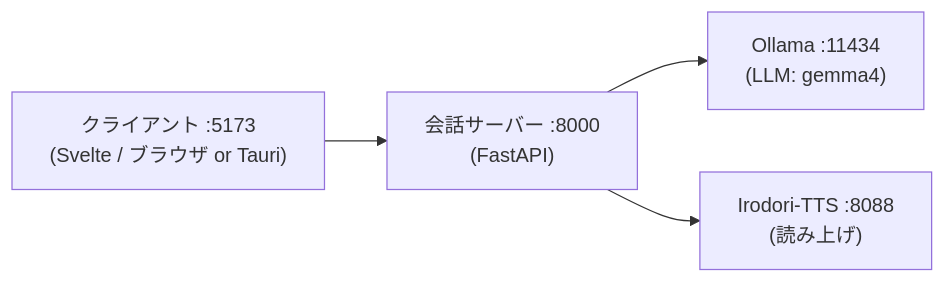
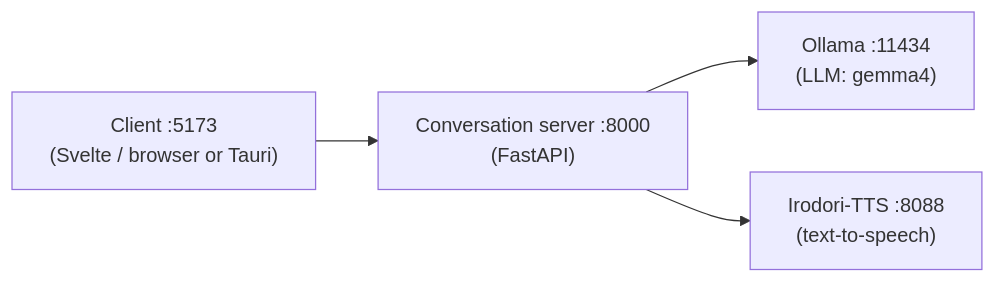
Before and after one commit to GentaAmeku/gemma4-irodori-voice-chat: the diagram in README.md, drawn with Mermaid. The commit also changed other lines of this file and 2 other files, not shown here.

````diff
--- a/README.md
+++ b/README.md
@@ -20,6 +20,6 @@
 ```mermaid
 flowchart LR
-    cl["クライアント :5173<br/>(Svelte / ブラウザ or Tauri)"] --> cs["会話サーバー :8000<br/>(FastAPI)"]
+    cl["Client :5173<br/>(Svelte / browser or Tauri)"] --> cs["Conversation server :8000<br/>(FastAPI)"]
     cs --> ol["Ollama :11434<br/>(LLM: gemma4)"]
-    cs --> tt["Irodori-TTS :8088<br/>(読み上げ)"]
+    cs --> tt["Irodori-TTS :8088<br/>(text-to-speech)"]
 ```
````
